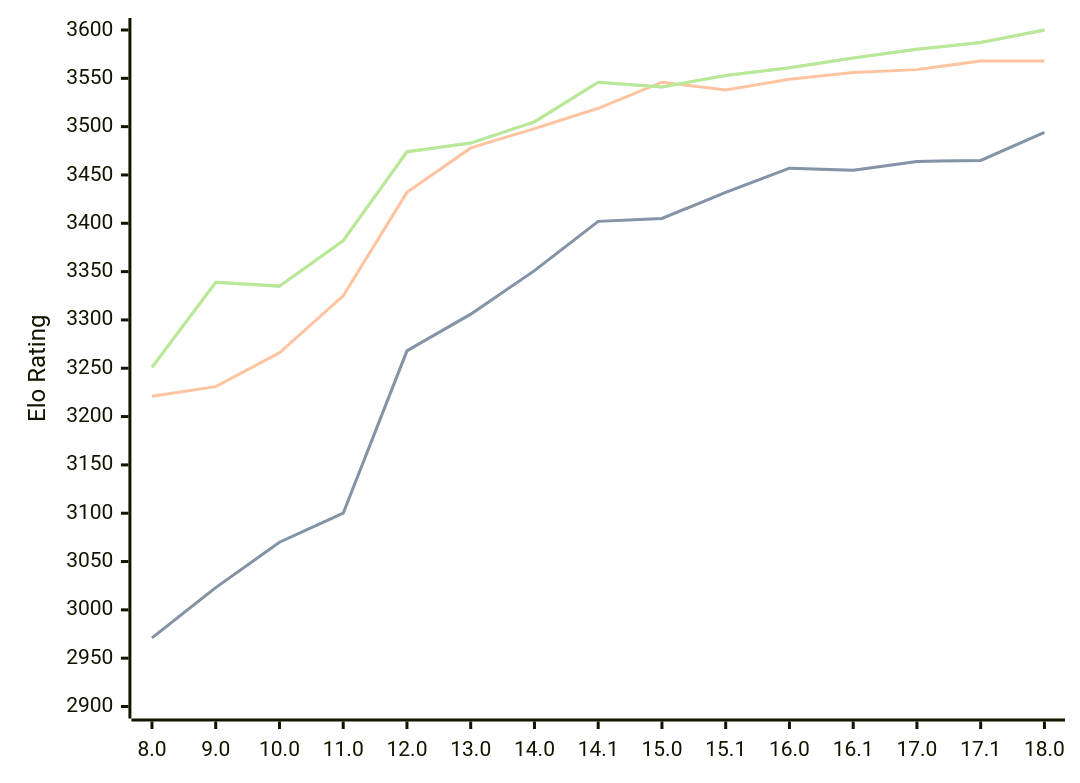
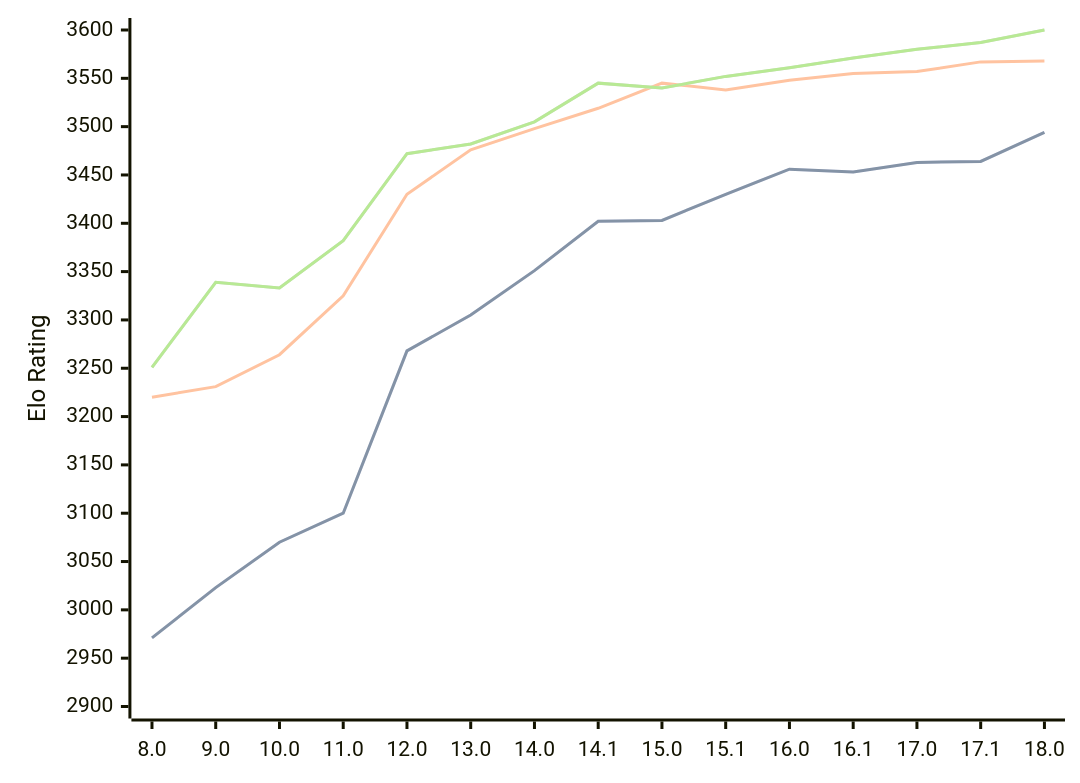
Before and after one commit to computer-chess-index/cci: the diagram in engines/Stockfish.md, drawn with Mermaid. The commit also changed other lines of this file, not shown here.

Commit message:
Update CCI Ratings (ELO VLTC) - 2026-06-10

````diff
--- a/engines/Stockfish.md
+++ b/engines/Stockfish.md
@@ -46,11 +46,11 @@
 ```mermaid
 %%{init: {"theme":"base","themeVariables":{"seriesColors:['#a3a3a3','#222221','#faa371']}}}%%
 xychart-beta
   x-axis ["8.0", "9.0", "10.0", "11.0", "12.0", "13.0", "14.0", "14.1", "15.0", "15.1", "16.0", "16.1", "17.0", "17.1", "18.0"]
   y-axis "Elo Rating" 2900 --> 3600
-  line "STC (8.0+0.08s)" [2971, 3023, 3070, 3100, 3268, 3306, 3351, 3402, 3405, 3432, 3457, 3455, 3464, 3465, 3494]
-  line "STC (8.0+0.08s)" [2971, 3023, 3070, 3100, 3268, 3306, 3351, 3402, 3405, 3432, 3457, 3455, 3464, 3465, 3494]
-  line "LTC (60.0+0.60s)" [3221, 3231, 3266, 3325, 3432, 3478, 3498, 3519, 3546, 3538, 3549, 3556, 3559, 3568, 3568]
-  line "VLTC (2m24s+1.12s)" [3251, 3339, 3335, 3382, 3474, 3483, 3505, 3546, 3541, 3553, 3561, 3571, 3580, 3587, 3600]
-  line "VLTC (2m24s+1.12s)" [3251, 3339, 3335, 3382, 3474, 3483, 3505, 3546, 3541, 3553, 3561, 3571, 3580, 3587, 3600]
+  line "STC (8.0+0.08s)" [2971, 3023, 3070, 3100, 3268, 3305, 3351, 3402, 3403, 3430, 3456, 3453, 3463, 3464, 3494]
+  line "STC (8.0+0.08s)" [2971, 3023, 3070, 3100, 3268, 3305, 3351, 3402, 3403, 3430, 3456, 3453, 3463, 3464, 3494]
+  line "LTC (60.0+0.60s)" [3220, 3231, 3264, 3325, 3430, 3476, 3498, 3519, 3545, 3538, 3548, 3555, 3557, 3567, 3568]
+  line "VLTC (2m24s+1.12s)" [3251, 3339, 3333, 3382, 3472, 3482, 3505, 3545, 3540, 3552, 3561, 3571, 3580, 3587, 3600]
+  line "VLTC (2m24s+1.12s)" [3251, 3339, 3333, 3382, 3472, 3482, 3505, 3545, 3540, 3552, 3561, 3571, 3580, 3587, 3600]
 ```
````
